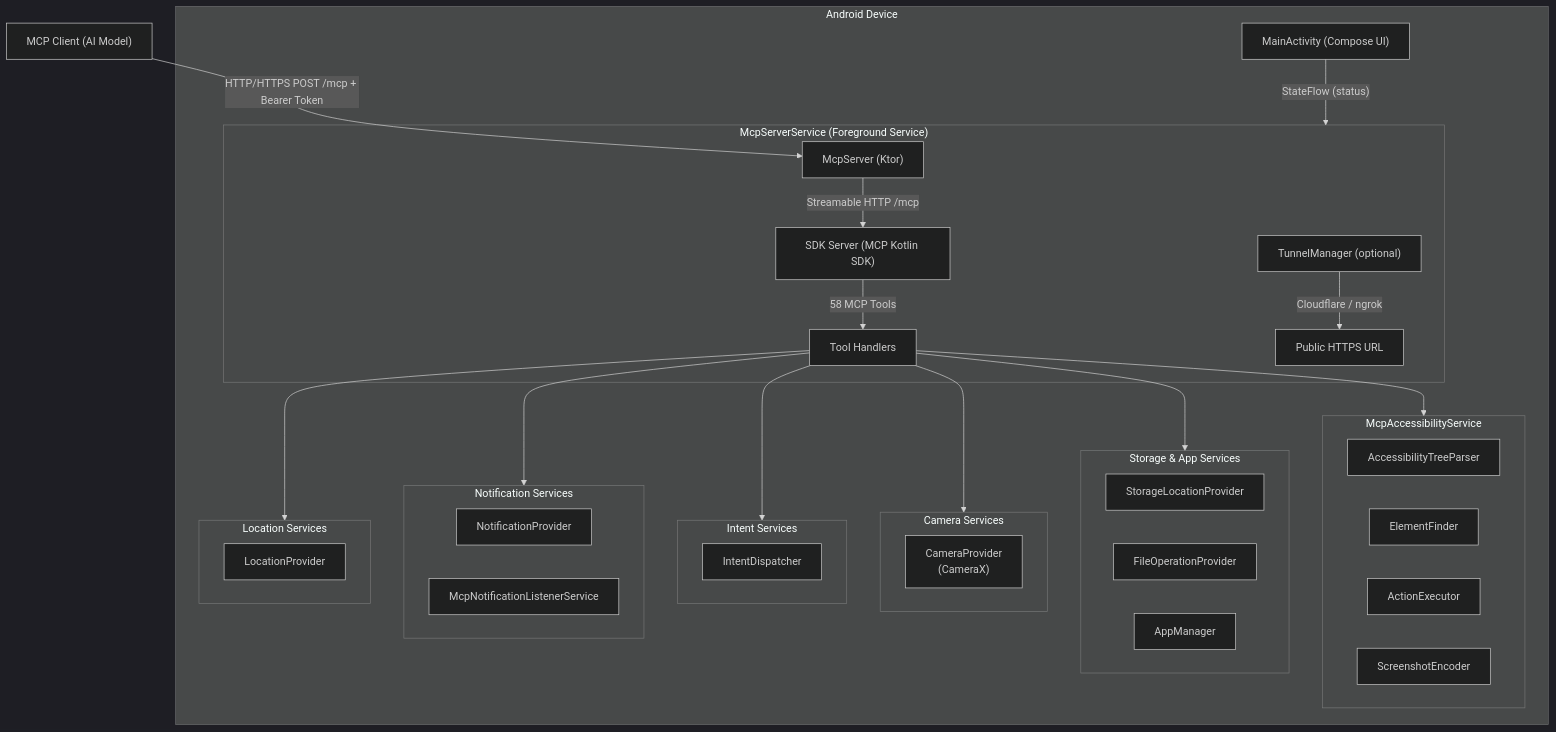
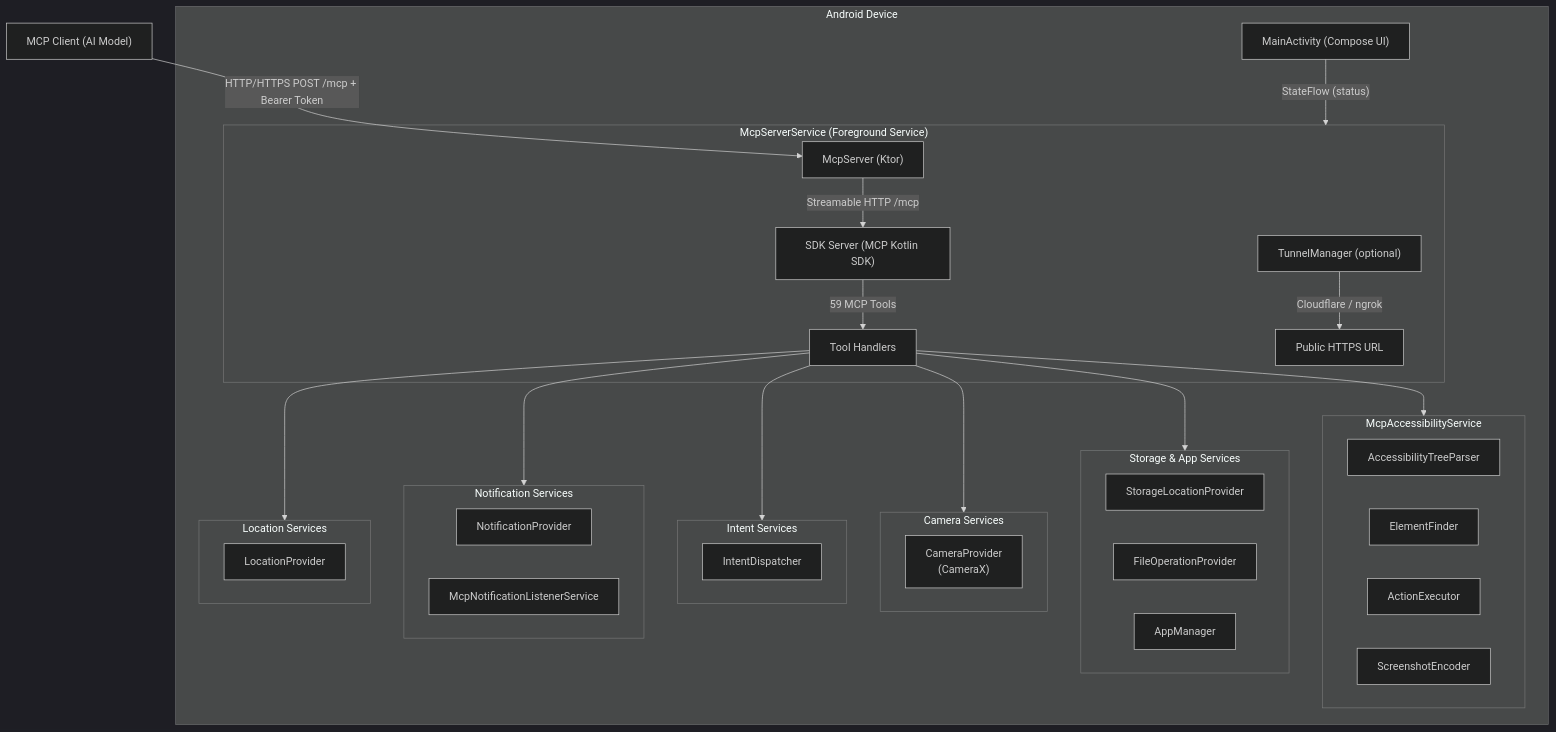
One commit to danielealbano/android-remote-control-mcp changed the diagram in CONTRIBUTING.md. Above: the diagram before and after it, drawn with Mermaid (dark theme). The commit also changed other lines of this file and 3 other files, not shown here.

````diff
--- a/CONTRIBUTING.md
+++ b/CONTRIBUTING.md
@@ -162,55 +162,55 @@
 ```mermaid
 graph TB
     Client["MCP Client (AI Model)"]
     Client -->|"HTTP/HTTPS POST /mcp + Bearer Token"| McpServer
 
     subgraph Device["Android Device"]
         subgraph McpServerService["McpServerService (Foreground Service)"]
             McpServer["McpServer (Ktor)"]
             McpServer -->|"Streamable HTTP /mcp"| SDK["SDK Server (MCP Kotlin SDK)"]
-            SDK -->|"58 MCP Tools"| Tools["Tool Handlers"]
+            SDK -->|"59 MCP Tools"| Tools["Tool Handlers"]
             TunnelMgr["TunnelManager (optional)"]
             TunnelMgr -->|"Cloudflare / ngrok"| PublicURL["Public HTTPS URL"]
         end
 
         subgraph Accessibility["McpAccessibilityService"]
             TreeParser["AccessibilityTreeParser"]
             ElemFinder["ElementFinder"]
             ActionExec["ActionExecutor"]
             ScreenEnc["ScreenshotEncoder"]
         end
 
         subgraph Storage["Storage & App Services"]
             StorageProv["StorageLocationProvider"]
             FileOps["FileOperationProvider"]
             AppMgr["AppManager"]
         end
 
         subgraph CameraSvc["Camera Services"]
             CamProv["CameraProvider\n(CameraX)"]
         end
 
         subgraph IntentSvc["Intent Services"]
             IntentDisp["IntentDispatcher"]
         end
 
         subgraph NotifSvc["Notification Services"]
             NotifProv["NotificationProvider"]
             NotifListener["McpNotificationListenerService"]
         end
 
         subgraph LocSvc["Location Services"]
             LocProv["LocationProvider"]
         end
 
         MainActivity["MainActivity (Compose UI)"]
 
         Tools --> Accessibility
         Tools --> Storage
         Tools --> CameraSvc
         Tools --> IntentSvc
         Tools --> NotifSvc
         Tools --> LocSvc
         MainActivity -->|"StateFlow (status)"| McpServerService
     end
 ```
````
